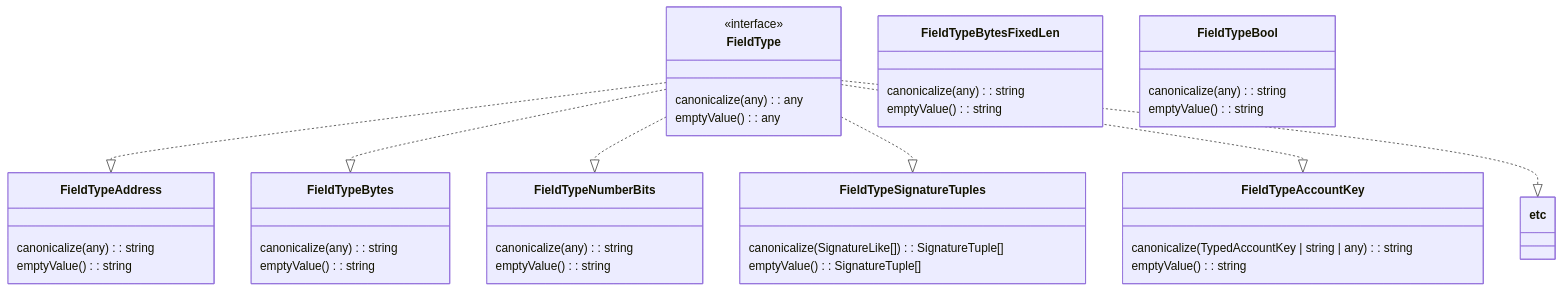
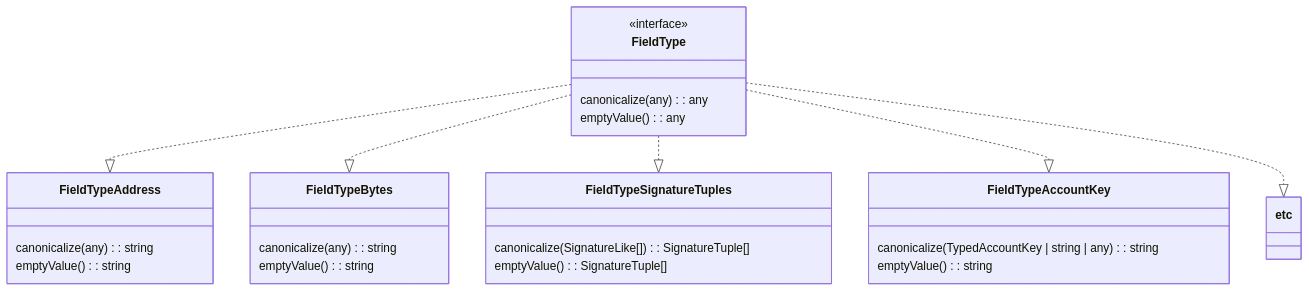
One commit to blukat29/klaytn-sdk-design changed the first of 4 diagrams in README.md. Above: the diagram before and after it, drawn with Mermaid. The commit also changed other lines of this file, not shown here.

````diff
--- a/README.md
+++ b/README.md
@@ -38,42 +38,29 @@
 ```mermaid
 classDiagram
+  FieldType ..|> FieldTypeAddress
+  FieldType ..|> FieldTypeBytes
+  FieldType ..|> FieldTypeSignatureTuples
+  FieldType ..|> FieldTypeAccountKey
+  FieldType ..|> etc
   class FieldType {
     <<interface>> 
     canonicalize(any): any
     emptyValue(): any
   }
-  FieldType ..|> FieldTypeAddress
-  FieldType ..|> FieldTypeBytes
-  FieldType ..|> FieldTypeNumberBits
-  FieldType ..|> FieldTypeSignatureTuples
-  FieldType ..|> FieldTypeAccountKey
-  FieldType ..|> etc
   class FieldTypeAddress {
     canonicalize(any): string
     emptyValue(): string
   }
   class FieldTypeBytes {
     canonicalize(any): string
     emptyValue(): string
   }
-  class FieldTypeBytesFixedLen {
-    canonicalize(any): string
-    emptyValue(): string
-  }
-  class FieldTypeNumberBits {
-    canonicalize(any): string
-    emptyValue(): string
-  }
   class FieldTypeSignatureTuples {
     canonicalize( SignatureLike[]): SignatureTuple[]
     emptyValue(): SignatureTuple[]
-  }
-  class FieldTypeBool {
-    canonicalize(any): string
-    emptyValue(): string
   }
   class FieldTypeAccountKey {
     canonicalize(TypedAccountKey | string | any): string
     emptyValue(): string
   }
 ```
````
